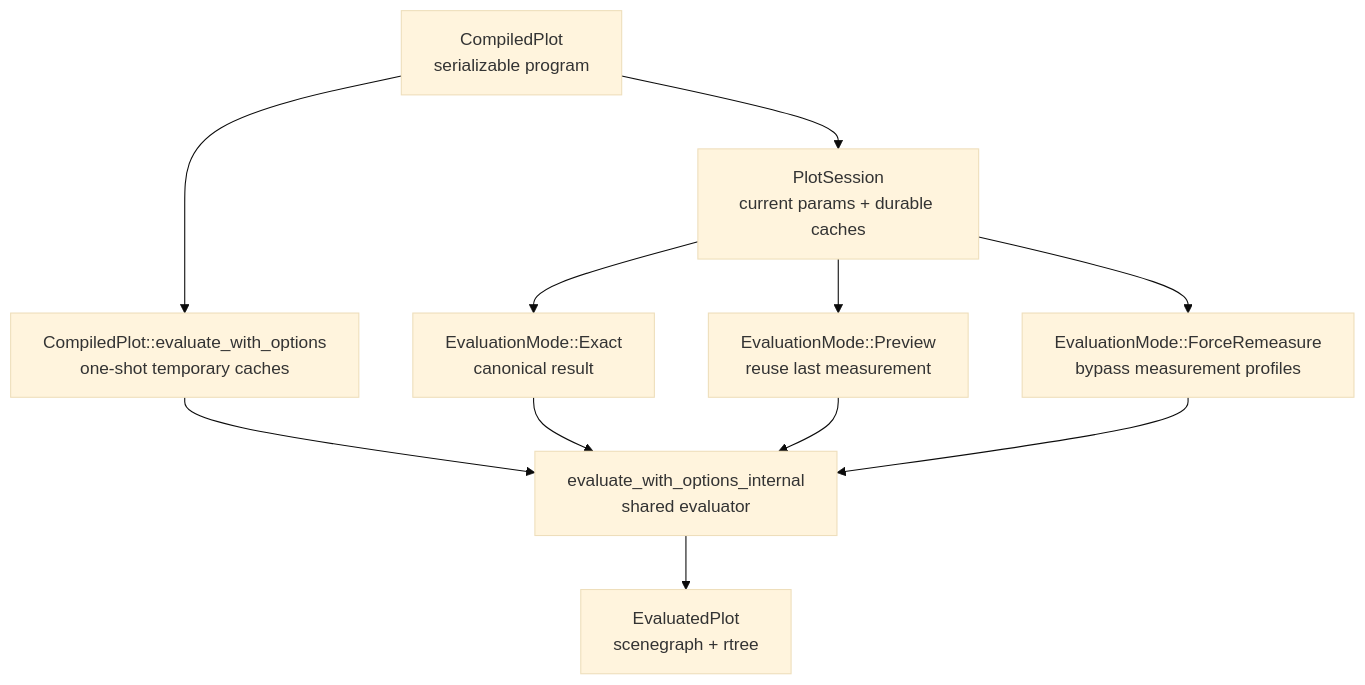
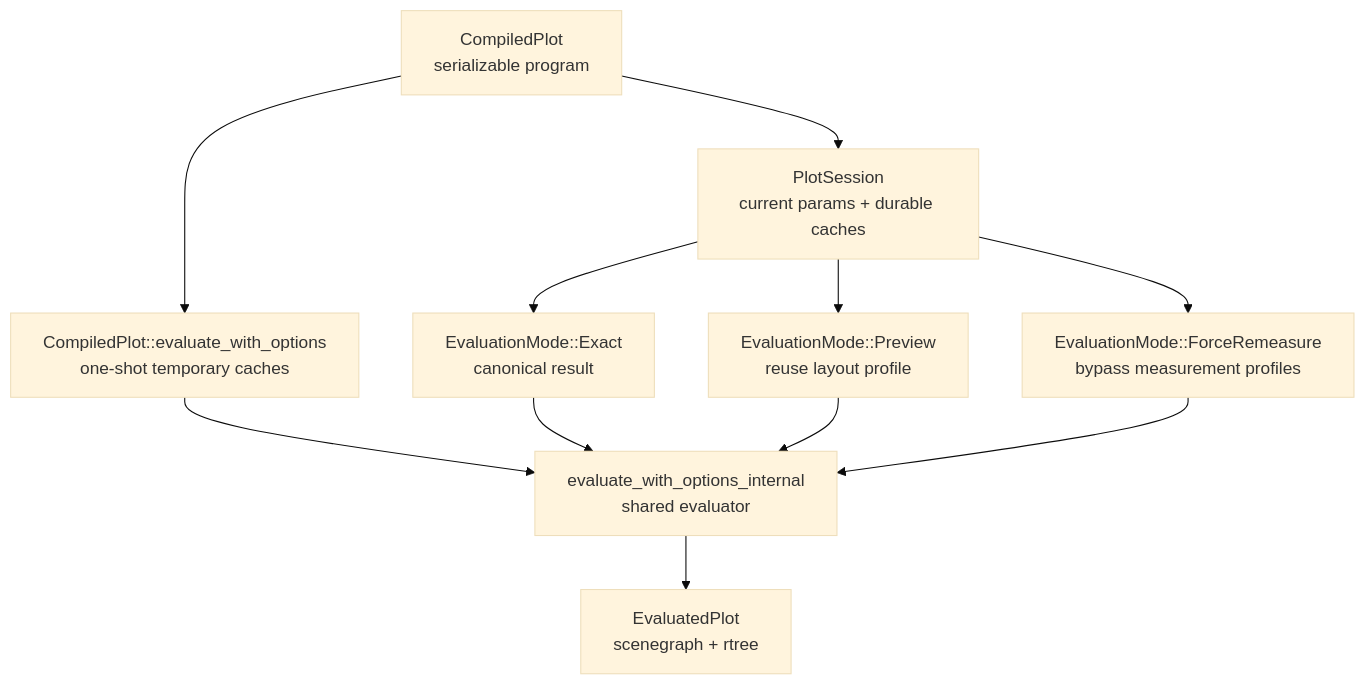
One commit to jonmmease/avenger changed the diagram in avenger-chart/docs/architecture/plot-sessions-and-fast-evaluation.md. Above: the diagram before and after it, drawn with Mermaid (base theme). The commit also changed other lines of this file and 16 other files, not shown here.

Commit message:
perf(chart): reuse layout profiles for wrap preview

````diff
--- a/avenger-chart/docs/architecture/plot-sessions-and-fast-evaluation.md
+++ b/avenger-chart/docs/architecture/plot-sessions-and-fast-evaluation.md
@@ -20,22 +20,22 @@
 ```mermaid
 flowchart TD
     Compiled["CompiledPlot\nserializable program"]
     OneShot["CompiledPlot::evaluate_with_options\none-shot temporary caches"]
     Session["PlotSession\ncurrent params + durable caches"]
     Exact["EvaluationMode::Exact\ncanonical result"]
-    Preview["EvaluationMode::Preview\nreuse last measurement"]
+    Preview["EvaluationMode::Preview\nreuse layout profile"]
     Force["EvaluationMode::ForceRemeasure\nbypass measurement profiles"]
     Evaluator["evaluate_with_options_internal\nshared evaluator"]
     Output["EvaluatedPlot\nscenegraph + rtree"]
 
     Compiled --> OneShot
     Compiled --> Session
     OneShot --> Evaluator
     Session --> Exact
     Session --> Preview
     Session --> Force
     Exact --> Evaluator
     Preview --> Evaluator
     Force --> Evaluator
     Evaluator --> Output
 ```
````
